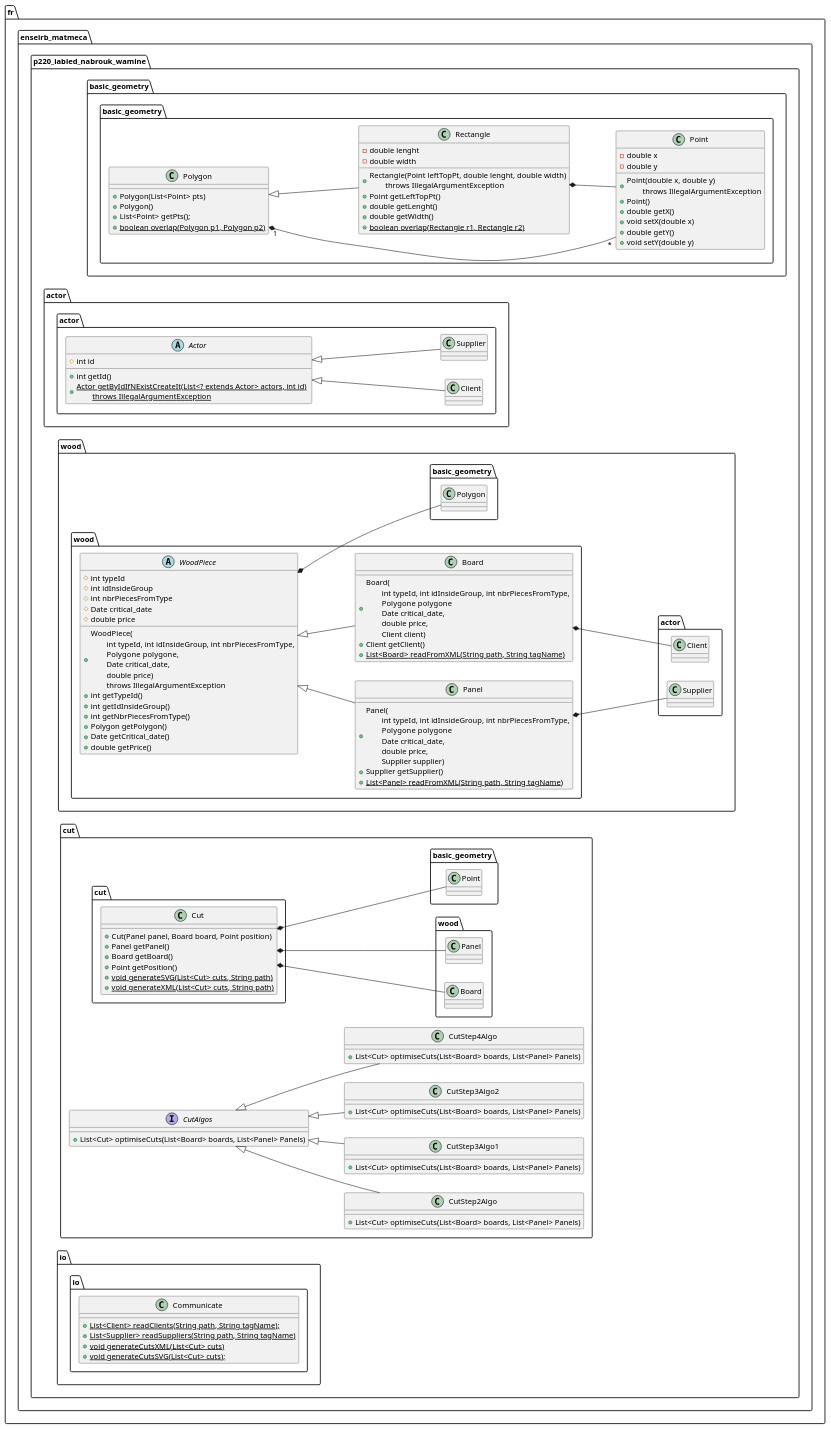
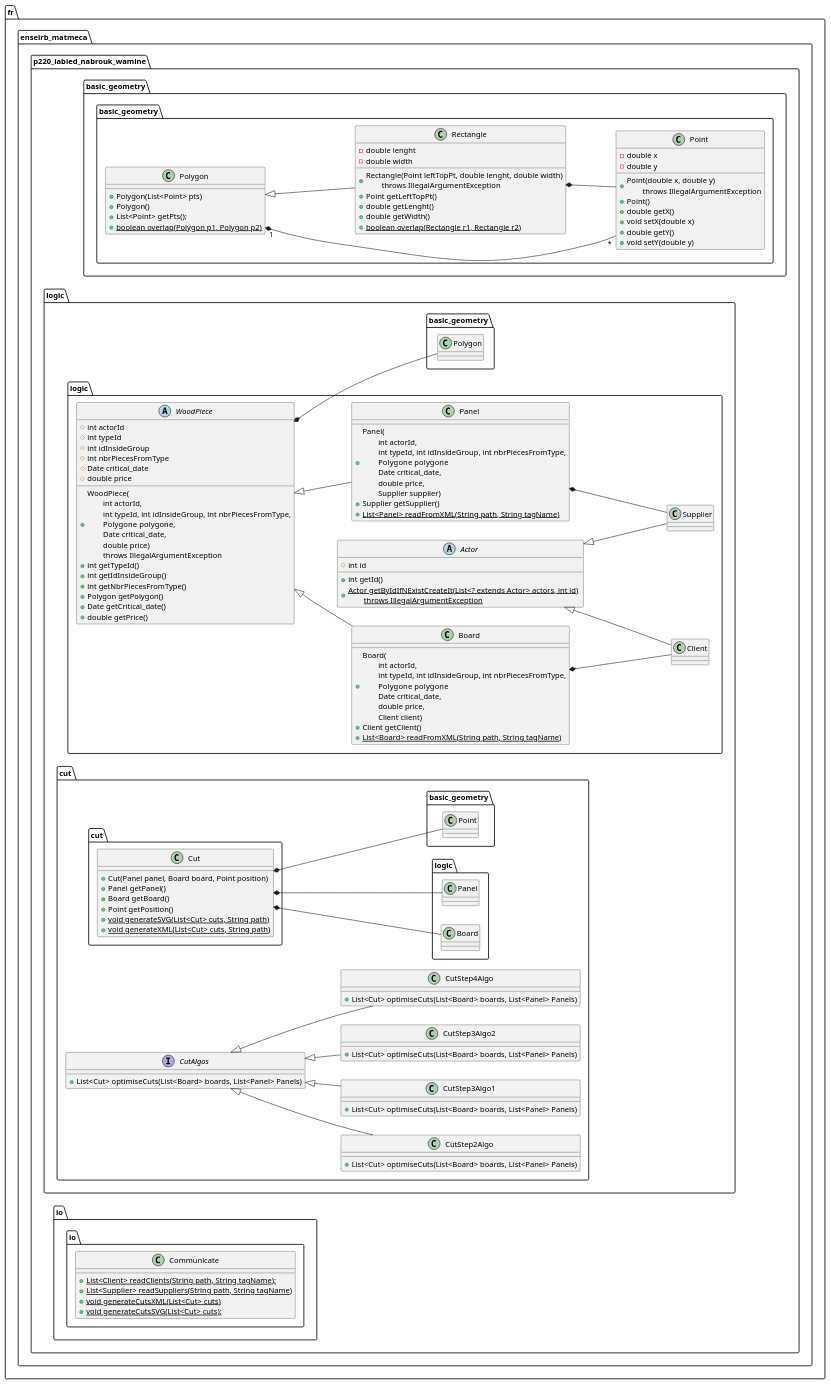
The diagram in uml.wsd (ImadABID/WoodCutPlanner), drawn with PlantUML before and after one commit. The commit also changed 17 other files, not shown here.

```diff
--- a/uml.wsd
+++ b/uml.wsd
@@ -1,168 +1,165 @@
 @startuml uml
 
 left to right direction
 
 package "fr.enseirb_matmeca.p220_iabied_nabrouk_wamine"{
 
     package "basic_geometry"{
 
         class basic_geometry.Point {
 
             - double x
             - double y
 
             + Point(double x, double y)\n\tthrows IllegalArgumentException
             + Point()
             + double getX()
             + void setX(double x)
             + double getY()
             + void setY(double y)
 
         }
 
         class basic_geometry.Polygon {
 
             + Polygon(List<Point> pts)
             + Polygon()
             + List<Point> getPts();
             + {static} boolean overlap(Polygon p1, Polygon p2)
 
         }
         basic_geometry.Polygon "1" *-- "*" basic_geometry.Point
 
         class basic_geometry.Rectangle {
 
             - double lenght
             - double width
             
             + Rectangle(Point leftTopPt, double lenght, double width)\n\tthrows IllegalArgumentException
             + Point getLeftTopPt()
             + double getLenght()
             + double getWidth()
             + {static} boolean overlap(Rectangle r1, Rectangle r2)
         }
         basic_geometry.Rectangle *-- basic_geometry.Point
 
         basic_geometry.Polygon <|-- basic_geometry.Rectangle
 
     }
 
-    package "actor"{
+    package "logic"{
 
-        abstract class actor.Actor{
+        abstract class logic.Actor{
             # int id
 
             + int getId()
             + {static} Actor getByIdIfNExistCreateIt(List<? extends Actor> actors, int id) \n\tthrows IllegalArgumentException
         }
 
-        class actor.Client{
+        class logic.Client{
 
         }
 
-        class actor.Supplier{
+        class logic.Supplier{
             
         }
 
-        actor.Actor <|-- actor.Client
-        actor.Actor <|-- actor.Supplier
+        logic.Actor <|-- logic.Client
+        logic.Actor <|-- logic.Supplier
 
-    }
-
-    package "wood"{
-
-        abstract class wood.WoodPiece {
-
+        abstract class logic.WoodPiece {
+            
+            # int actorId
             # int typeId
             # int idInsideGroup
             # int nbrPiecesFromType
             # Date critical_date
             # double price
 
-            + WoodPiece(\n\tint typeId, int idInsideGroup, int nbrPiecesFromType,\n\tPolygone  polygone,\n\tDate critical_date,\n\tdouble price)\n\tthrows IllegalArgumentException
+            + WoodPiece(\n\tint actorId,\n\tint typeId, int idInsideGroup, int nbrPiecesFromType,\n\tPolygone  polygone,\n\tDate critical_date,\n\tdouble price)\n\tthrows IllegalArgumentException
             + int getTypeId()
             + int getIdInsideGroup()
             + int getNbrPiecesFromType()
             + Polygon getPolygon()
             + Date getCritical_date()
             + double getPrice()
 
         }
-        wood.WoodPiece *-- basic_geometry.Polygon
+        logic.WoodPiece *-- basic_geometry.Polygon
 
-        class wood.Panel {
-            + Panel(\n\tint typeId, int idInsideGroup, int nbrPiecesFromType,\n\tPolygone  polygone\n\tDate critical_date,\n\tdouble price,\n\tSupplier supplier)
+        class logic.Panel {
+            + Panel(\n\tint actorId,\n\tint typeId, int idInsideGroup, int nbrPiecesFromType,\n\tPolygone  polygone\n\tDate critical_date,\n\tdouble price,\n\tSupplier supplier)
             + Supplier getSupplier()
             + {static} List<Panel> readFromXML(String path, String tagName)
         }
-        wood.Panel *-- actor.Supplier
+        logic.Panel *-- logic.Supplier
 
-        class wood.Board {
-            + Board(\n\tint typeId, int idInsideGroup, int nbrPiecesFromType,\n\tPolygone  polygone\n\tDate critical_date,\n\tdouble price,\n\tClient client)
+        class logic.Board {
+            + Board(\n\tint actorId,\n\tint typeId, int idInsideGroup, int nbrPiecesFromType,\n\tPolygone  polygone\n\tDate critical_date,\n\tdouble price,\n\tClient client)
             + Client getClient()
             + {static} List<Board> readFromXML(String path, String tagName)
             
         }
-        wood.Board *-- actor.Client
+        logic.Board *-- logic.Client
 
-        wood.WoodPiece <|-- wood.Panel
-        wood.WoodPiece <|-- wood.Board
+        logic.WoodPiece <|-- logic.Panel
+        logic.WoodPiece <|-- logic.Board
 
-    }
+        package "cut" {
+            
+            class cut.Cut {
 
-    package "cut" {
-        
-        class cut.Cut {
+                + Cut(Panel panel, Board board, Point position)
+                + Panel getPanel()
+                + Board getBoard()
+                + Point getPosition()
+                + {static} void generateSVG(List<Cut> cuts, String path)
+                + {static} void generateXML(List<Cut> cuts, String path)
 
-            + Cut(Panel panel, Board board, Point position)
-            + Panel getPanel()
-            + Board getBoard()
-            + Point getPosition()
-            + {static} void generateSVG(List<Cut> cuts, String path)
-            + {static} void generateXML(List<Cut> cuts, String path)
+            }
+            cut.Cut *-- logic.Panel
+            cut.Cut *-- logic.Board
+            cut.Cut *-- basic_geometry.Point
+
+            interface CutAlgos{
+                + List<Cut> optimiseCuts(List<Board> boards, List<Panel> Panels)
+            }
+
+            class CutStep2Algo {
+                + List<Cut> optimiseCuts(List<Board> boards, List<Panel> Panels)
+            }
+
+            class CutStep3Algo1 {
+                + List<Cut> optimiseCuts(List<Board> boards, List<Panel> Panels)
+            }
+
+            class CutStep3Algo2 {
+                + List<Cut> optimiseCuts(List<Board> boards, List<Panel> Panels)
+            }
+
+            class CutStep4Algo {
+                + List<Cut> optimiseCuts(List<Board> boards, List<Panel> Panels)
+            }
+
+            CutAlgos <|-- CutStep2Algo
+            CutAlgos <|-- CutStep3Algo1
+            CutAlgos <|-- CutStep3Algo2
+            CutAlgos <|-- CutStep4Algo
 
         }
-        cut.Cut *-- wood.Panel
-        cut.Cut *-- wood.Board
-        cut.Cut *-- basic_geometry.Point
-
-        interface CutAlgos{
-            + List<Cut> optimiseCuts(List<Board> boards, List<Panel> Panels)
-        }
-
-        class CutStep2Algo {
-            + List<Cut> optimiseCuts(List<Board> boards, List<Panel> Panels)
-        }
-
-        class CutStep3Algo1 {
-            + List<Cut> optimiseCuts(List<Board> boards, List<Panel> Panels)
-        }
-
-        class CutStep3Algo2 {
-            + List<Cut> optimiseCuts(List<Board> boards, List<Panel> Panels)
-        }
-
-        class CutStep4Algo {
-            + List<Cut> optimiseCuts(List<Board> boards, List<Panel> Panels)
-        }
-
-        CutAlgos <|-- CutStep2Algo
-        CutAlgos <|-- CutStep3Algo1
-        CutAlgos <|-- CutStep3Algo2
-        CutAlgos <|-- CutStep4Algo
 
     }
 
     package "io"{
         class io.Communicate {
             + {static} List<Client> readClients(String path, String tagName);
             + {static}  List<Supplier> readSuppliers(String path, String tagName)
             + {static} void generateCutsXML(List<Cut> cuts)
             + {static} void generateCutsSVG(List<Cut> cuts);
         }
     }
 
 }
 
 
 @enduml
```
